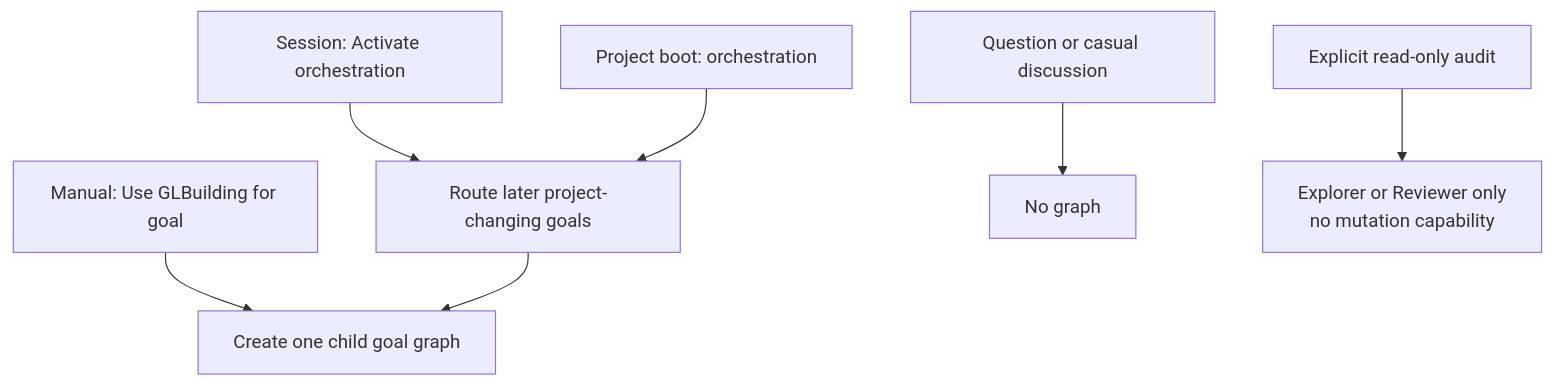
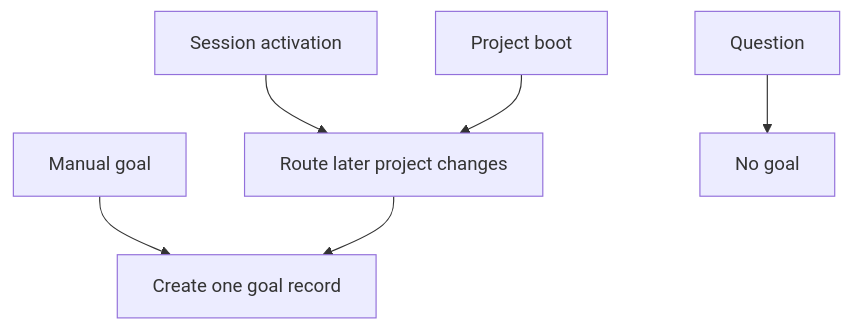
Before and after one commit to divyekant/Olympus: the fourth of 5 diagrams in docs/WHITEPAPER.md, drawn with Mermaid. The commit also changed other lines of this file and 16 other files, not shown here.

````diff
--- a/docs/WHITEPAPER.md
+++ b/docs/WHITEPAPER.md
@@ -59,9 +94,8 @@
 ```mermaid
 flowchart TD
-    M[Manual: Use GLBuilding for goal] --> G[Create one child goal graph]
-    S[Session: Activate orchestration] --> A[Route later project-changing goals]
-    P[Project boot: orchestration] --> A
+    M[Manual goal] --> G[Create one goal record]
+    S[Session activation] --> A[Route later project changes]
+    P[Project boot] --> A
     A --> G
-    Q[Question or casual discussion] --> N[No graph]
-    D[Explicit read-only audit] --> RO[Explorer or Reviewer only<br/>no mutation capability]
+    Q[Question] --> N[No goal]
 ```
````
